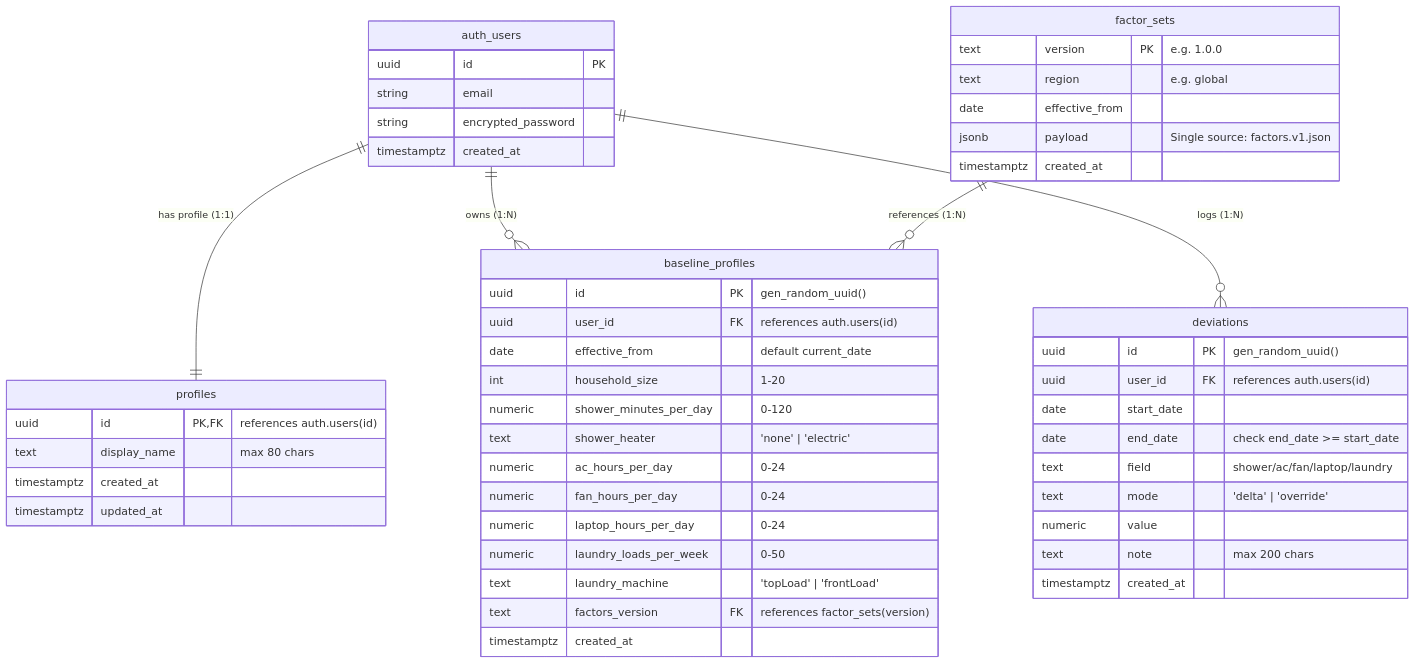
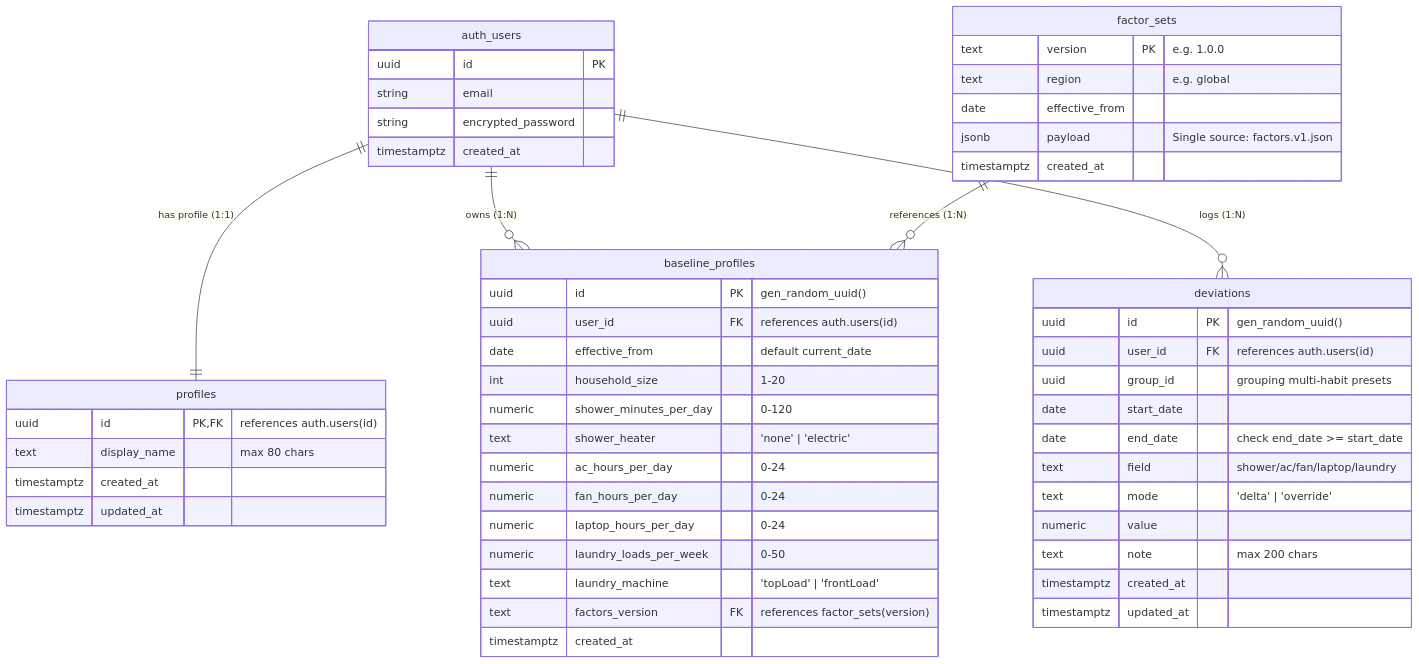
One commit to haseenafathima007-lang/resource-footprint changed the diagram in docs/ARCHITECTURE.md. Above: the diagram before and after it, drawn with Mermaid. The commit also changed 41 other files, not shown here.

````diff
--- a/docs/ARCHITECTURE.md
+++ b/docs/ARCHITECTURE.md
@@ -9,57 +9,59 @@
 ```mermaid
 erDiagram
     auth_users ||--|| profiles : "has profile (1:1)"
     auth_users ||--o{ baseline_profiles : "owns (1:N)"
     auth_users ||--o{ deviations : "logs (1:N)"
     factor_sets ||--o{ baseline_profiles : "references (1:N)"
 
     auth_users {
         uuid id PK
         string email
         string encrypted_password
         timestamptz created_at
     }
 
     profiles {
         uuid id PK,FK "references auth.users(id)"
         text display_name "max 80 chars"
         timestamptz created_at
         timestamptz updated_at
     }
 
     factor_sets {
         text version PK "e.g. 1.0.0"
         text region "e.g. global"
         date effective_from
         jsonb payload "Single source: factors.v1.json"
         timestamptz created_at
     }
 
     baseline_profiles {
         uuid id PK "gen_random_uuid()"
         uuid user_id FK "references auth.users(id)"
         date effective_from "default current_date"
         int household_size "1-20"
         numeric shower_minutes_per_day "0-120"
         text shower_heater "'none' | 'electric'"
         numeric ac_hours_per_day "0-24"
         numeric fan_hours_per_day "0-24"
         numeric laptop_hours_per_day "0-24"
         numeric laundry_loads_per_week "0-50"
         text laundry_machine "'topLoad' | 'frontLoad'"
         text factors_version FK "references factor_sets(version)"
         timestamptz created_at
     }
 
     deviations {
         uuid id PK "gen_random_uuid()"
         uuid user_id FK "references auth.users(id)"
+        uuid group_id "grouping multi-habit presets"
         date start_date
         date end_date "check end_date >= start_date"
         text field "shower/ac/fan/laptop/laundry"
         text mode "'delta' | 'override'"
         numeric value
         text note "max 200 chars"
         timestamptz created_at
+        timestamptz updated_at
     }
 ```
````
